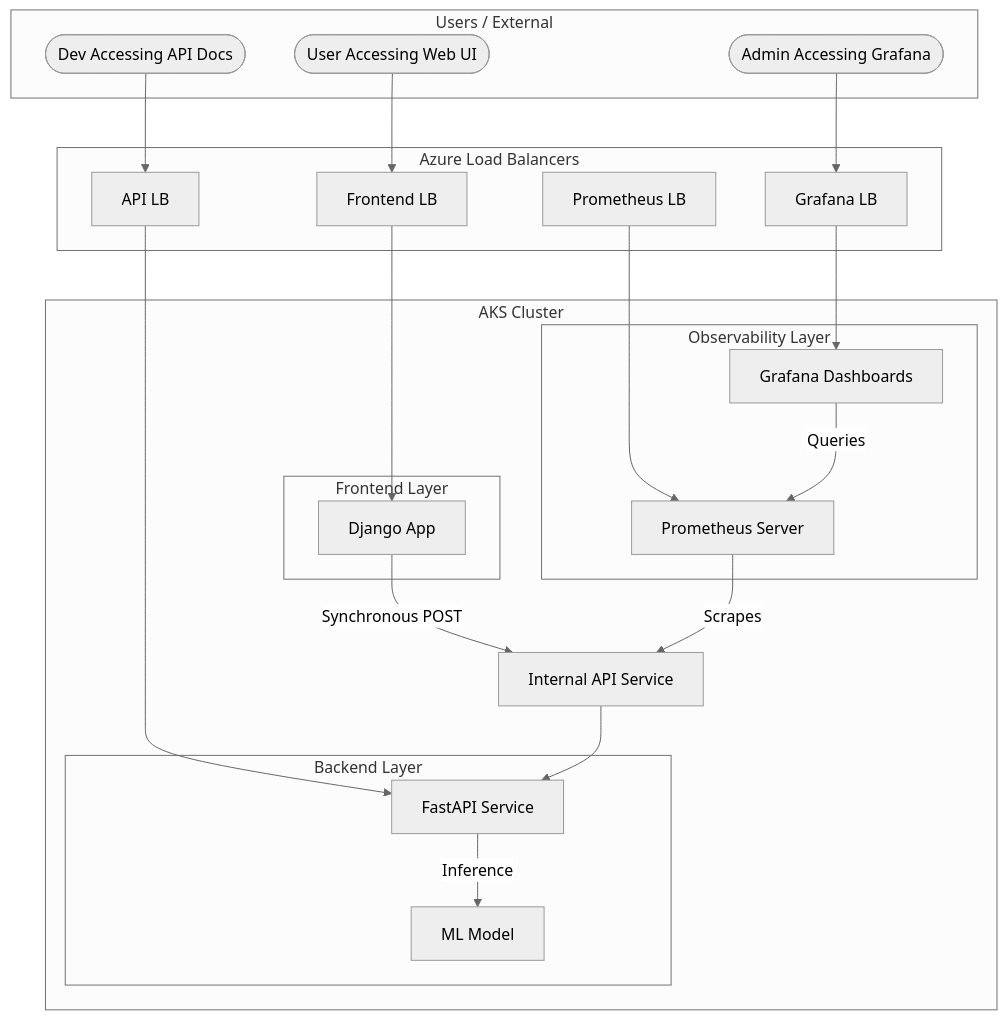
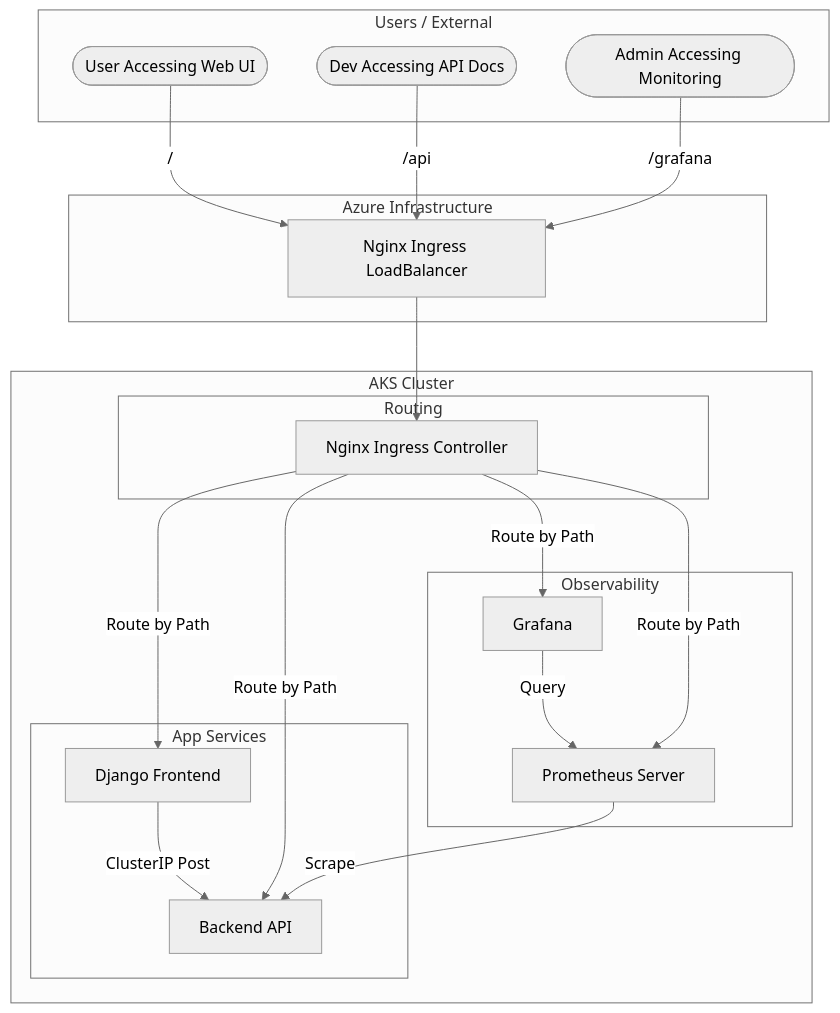
Before and after one commit to 2024ab05112/heart-disease-app: the diagram in SERVICE_ARCHITECTURE.md, drawn with Mermaid (neutral theme). The commit also changed other lines of this file and 9 other files, not shown here.

Commit message:
Unified Ingress Setup: Optimized for Azure Student 3-IP limit

````diff
--- a/SERVICE_ARCHITECTURE.md
+++ b/SERVICE_ARCHITECTURE.md
@@ -9,48 +9,44 @@
 ```mermaid
 graph TD
     subgraph Users [Users / External]
         U1([User Accessing Web UI])
         U2([Dev Accessing API Docs])
-        U3([Admin Accessing Grafana])
+        U3([Admin Accessing Monitoring])
     end
 
-    subgraph Azure_LoadBalancers [Azure Load Balancers]
-        LB_Fnd[Frontend LB]
-        LB_API[API LB]
-        LB_GF[Grafana LB]
-        LB_PR[Prometheus LB]
+    subgraph Azure_Network [Azure Infrastructure]
+        LB[Nginx Ingress LoadBalancer]
     end
 
     subgraph K8s_Cluster [AKS Cluster]
         
-        subgraph Frontend_Group [Frontend Layer]
-            Django[Django App]
+        subgraph Routing_Layer [Routing]
+            Nginx[Nginx Ingress Controller]
+        end
+
+        subgraph App_Layer [App Services]
+            Django[Django Frontend]
+            FastAPI[Backend API]
         end
         
-        subgraph Backend_Group [Backend Layer]
-            FastAPI[FastAPI Service]
-            MLModel[ML Model]
-        end
-        
-        subgraph Monitoring_Group [Observability Layer]
+        subgraph Monitoring_Layer [Observability]
             Prometheus[Prometheus Server]
-            Grafana[Grafana Dashboards]
+            Grafana[Grafana]
         end
 
-        %% Connections
-        LB_Fnd --> Django
-        LB_API --> FastAPI
-        LB_GF --> Grafana
-        LB_PR --> Prometheus
-
-        Django -->|Synchronous POST| Backend_Svc[Internal API Service]
-        Backend_Svc --> FastAPI
-        FastAPI -->|Inference| MLModel
-        Prometheus -->|Scrapes| Backend_Svc
-        Grafana -->|Queries| Prometheus
+        %% Internal Comms
+        Django -->|ClusterIP Post| FastAPI
+        Prometheus -->|Scrape| FastAPI
+        Grafana -->|Query| Prometheus
     end
 
-    U1 --> LB_Fnd
-    U2 --> LB_API
-    U3 --> LB_GF
+    U1 -->|/| LB
+    U2 -->|/api| LB
+    U3 -->|/grafana| LB
+    
+    LB --> Nginx
+    Nginx -->|Route by Path| Django
+    Nginx -->|Route by Path| FastAPI
+    Nginx -->|Route by Path| Grafana
+    Nginx -->|Route by Path| Prometheus
 ```
````
